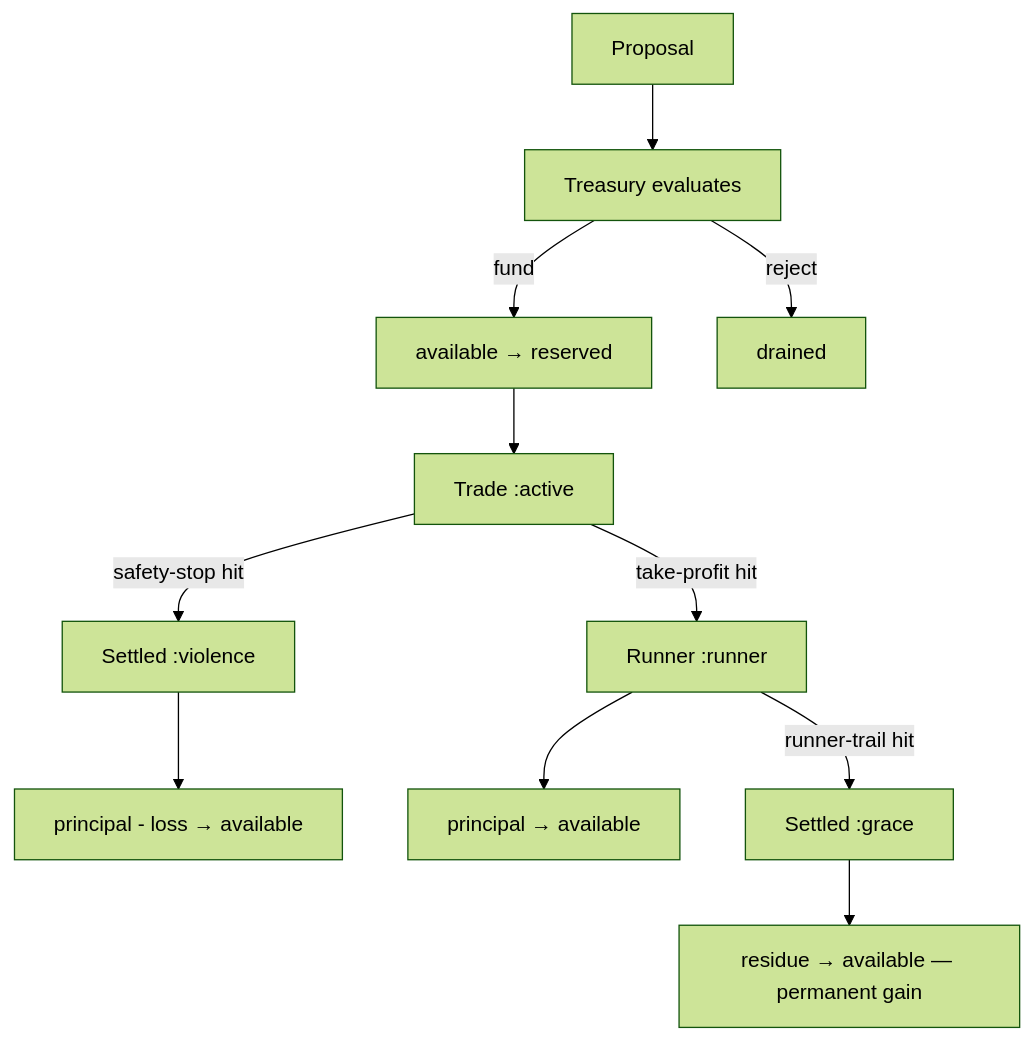
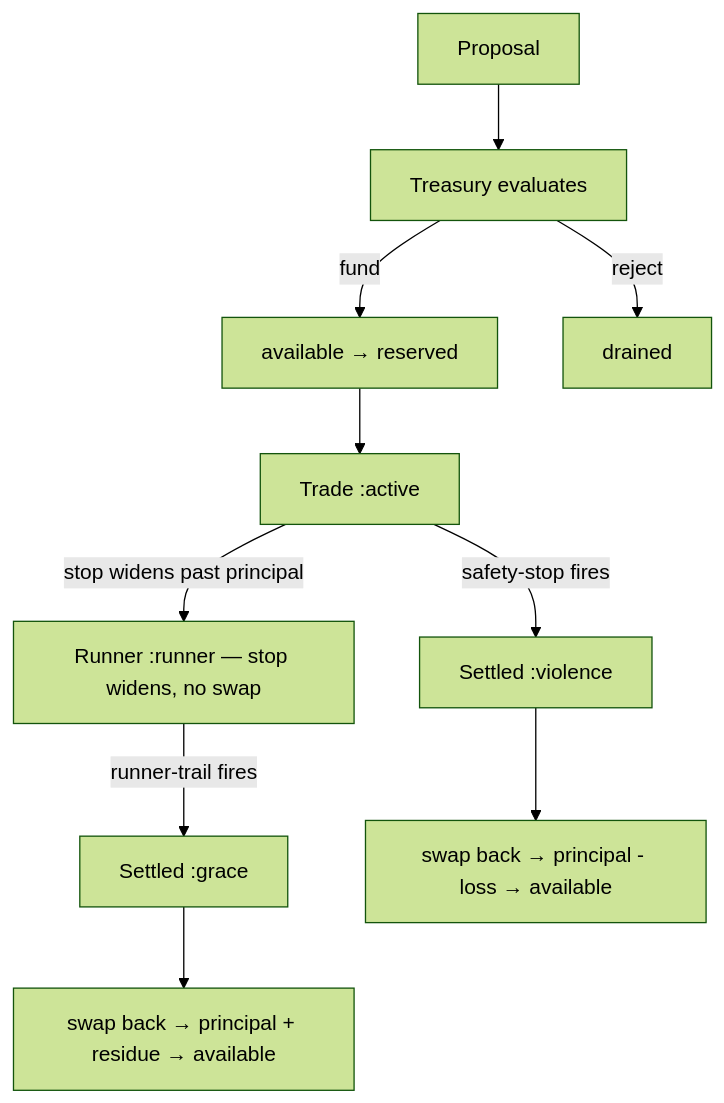
The fifth of 8 diagrams in wat/CIRCUIT.md (watmin/holon-lab-trading), drawn with Mermaid (forest theme) before and after one commit. The commit also changed other lines of this file and 1 other file, not shown here.

First line of the commit message:
wat: GUIDE + CIRCUIT — runner is stop management, not a settlement

````diff
--- a/wat/CIRCUIT.md
+++ b/wat/CIRCUIT.md
@@ -155,13 +155,12 @@
 ```mermaid
 graph TD
     PR[Proposal] --> TR[Treasury evaluates]
     TR -->|fund| AV[available → reserved]
     AV --> TD[Trade :active]
-    TD -->|safety-stop hit| SV[Settled :violence]
-    SV --> RET1[principal - loss → available]
-    TD -->|take-profit hit| RN[Runner :runner]
-    RN --> RET2[principal → available]
-    RN -->|runner-trail hit| SG[Settled :grace]
-    SG --> RES[residue → available — permanent gain]
+    TD -->|stop widens past principal| RN[Runner :runner — stop widens, no swap]
+    TD -->|safety-stop fires| SV[Settled :violence]
+    RN -->|runner-trail fires| SG[Settled :grace]
+    SV --> EXIT1[swap back → principal - loss → available]
+    SG --> EXIT2[swap back → principal + residue → available]
     TR -->|reject| DR[drained]
 ```
````
